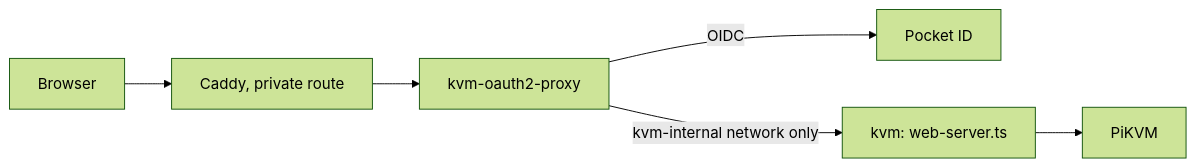
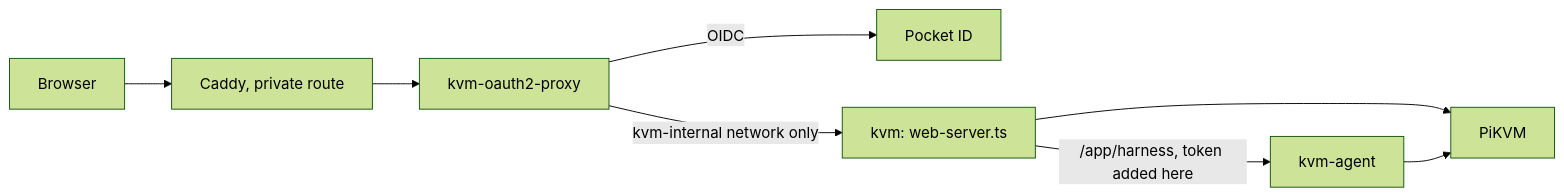
The diagram in README.md (kierandrewett/pikvm-desktop-agentic), drawn with Mermaid (forest theme) before and after one commit. The commit also changed other lines of this file and 1 other file, not shown here.

Commit message:
docs(deploy): the web host's agent, the sidecar and the bsociety compose block

````diff
--- a/README.md
+++ b/README.md
@@ -126,8 +131,10 @@
 ```mermaid
 flowchart LR
     phone[Browser] --> caddy[Caddy, private route]
     caddy --> proxy[kvm-oauth2-proxy]
     proxy -->|OIDC| pocket[Pocket ID]
     proxy -->|kvm-internal network only| kvm[kvm: web-server.ts]
     kvm --> pi[PiKVM]
+    kvm -->|/app/harness, token added here| agent[kvm-agent]
+    agent --> pi
 ```
````
